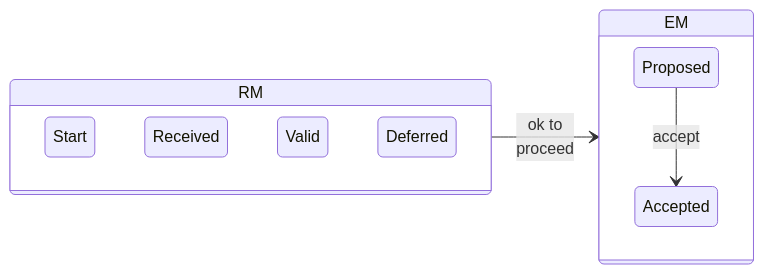
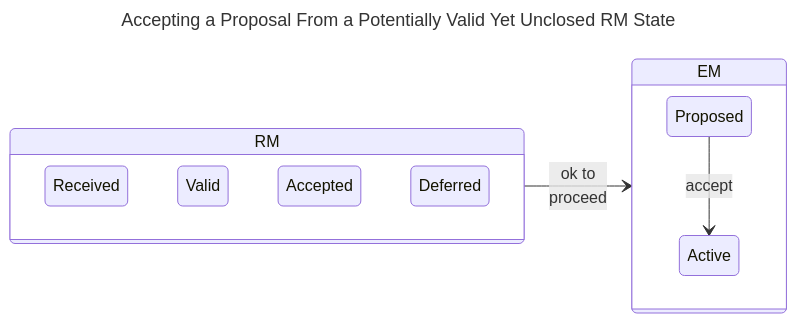
The seventh of 11 diagrams in docs/topics/process_models/model_interactions/rm_em.md (CERTCC/Vultron), drawn with Mermaid before and after one commit. The commit also changed other lines of this file and 44 other files, not shown here.

````diff
--- a/docs/topics/process_models/model_interactions/rm_em.md
+++ b/docs/topics/process_models/model_interactions/rm_em.md
@@ -205,15 +218,17 @@
 ```mermaid
+---
+title: Accepting a Proposal From a Potentially Valid Yet Unclosed RM State
+---
 stateDiagram-v2
     direction LR
     state RM {
-        Start
         Received
         Valid
         Accepted
         Deferred
     }
     state EM {
-        Proposed --> Accepted : accept
+        Proposed --> Active : accept
     }
     RM --> EM : ok to<br/>proceed
 ```
````
